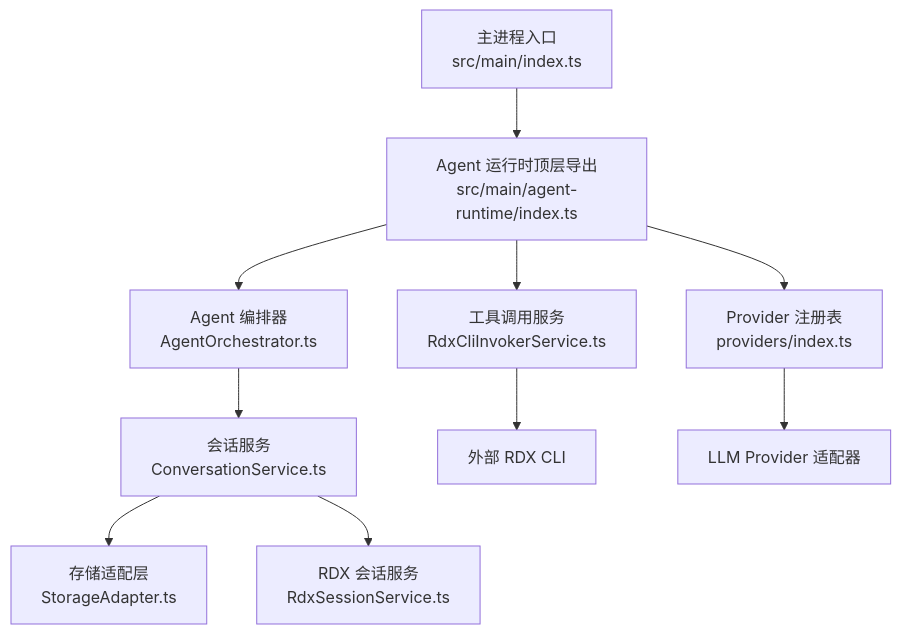
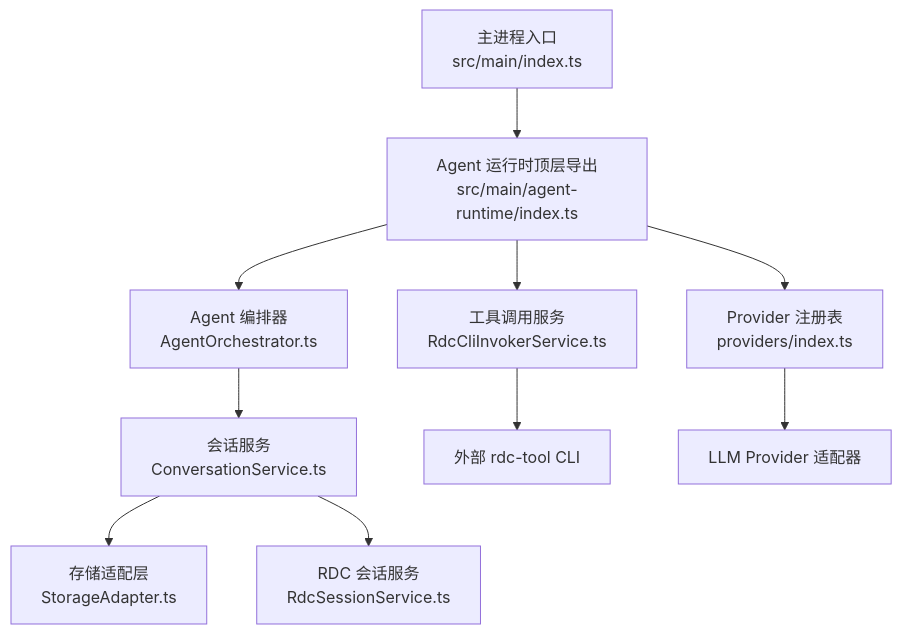
One commit to haolange/RDC-Agent changed the first of 8 diagrams in .qoder/repowiki/zh/content/核心模块/核心模块.md. Above: the diagram before and after it, drawn with Mermaid. The commit also changed other lines of this file and 557 other files, not shown here.

First line of the commit message:
Unify RDC-Agent identity and canonical RDC-Tool integration

````diff
--- a/.qoder/repowiki/zh/content/核心模块/核心模块.md
+++ b/.qoder/repowiki/zh/content/核心模块/核心模块.md
@@ -34,12 +34,12 @@
 ```mermaid
 graph TB
 A["主进程入口<br/>src/main/index.ts"] --> B["Agent 运行时顶层导出<br/>src/main/agent-runtime/index.ts"]
 B --> C["Agent 编排器<br/>AgentOrchestrator.ts"]
 B --> D["Provider 注册表<br/>providers/index.ts"]
-B --> E["工具调用服务<br/>RdxCliInvokerService.ts"]
+B --> E["工具调用服务<br/>RdcCliInvokerService.ts"]
 C --> F["会话服务<br/>ConversationService.ts"]
 F --> G["存储适配层<br/>StorageAdapter.ts"]
-F --> H["RDX 会话服务<br/>RdxSessionService.ts"]
-E --> I["外部 RDX CLI"]
+F --> H["RDC 会话服务<br/>RdcSessionService.ts"]
+E --> I["外部 rdc-tool CLI"]
 D --> J["LLM Provider 适配器"]
 ```
````
